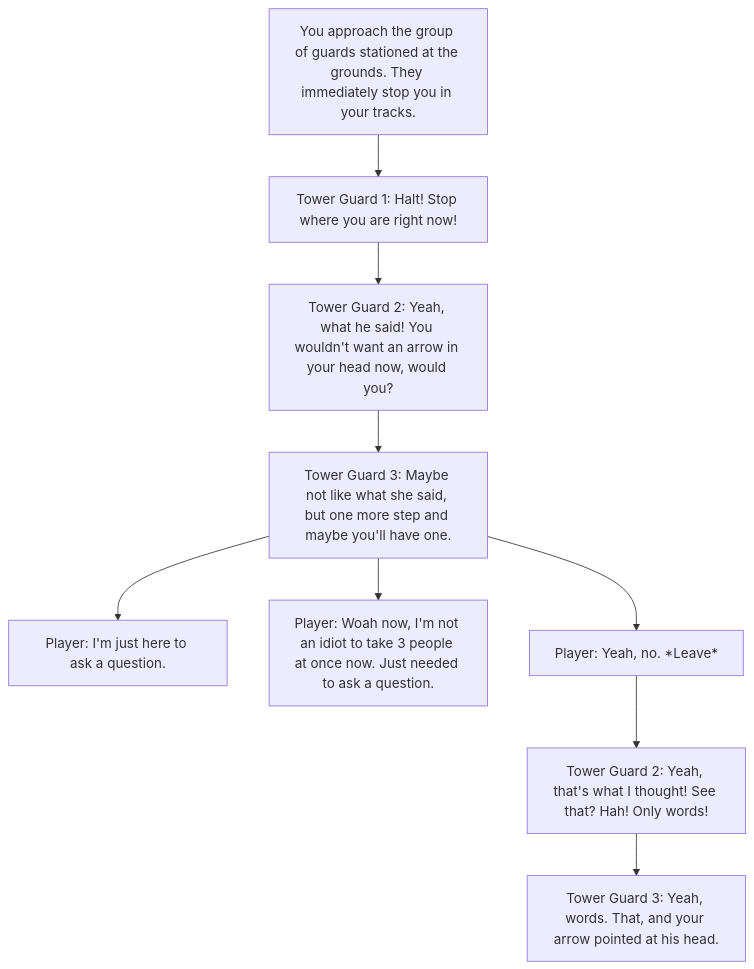
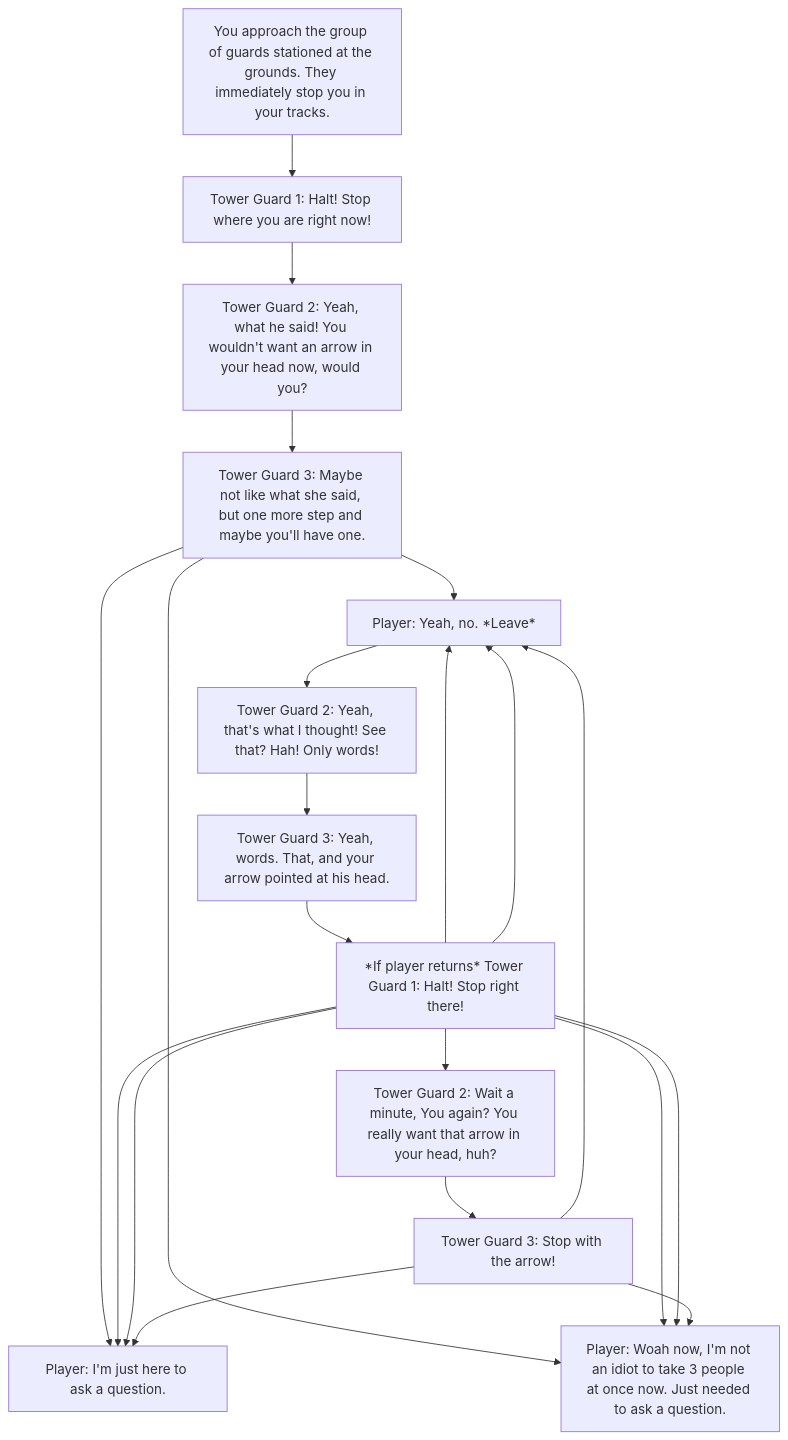
One commit to padillaryl/cc3-rpg-DialogueTree changed the diagram in Q3-TowerGuards.md. Above: the diagram before and after it, drawn with Mermaid.

````diff
--- a/Q3-TowerGuards.md
+++ b/Q3-TowerGuards.md
@@ -1,16 +1,21 @@
 ```mermaid
 flowchart TD
 
   A[You approach the group of guards stationed at the grounds. They immediately stop you in your tracks.]
   A --> B[Tower Guard 1: Halt! Stop where you are right now!]
   B --> C[Tower Guard 2: Yeah, what he said! You wouldn't want an arrow in your head now, would you?]
   C --> D[Tower Guard 3: Maybe not like what she said, but one more step and maybe you'll have one.]
 
   D --> E[Player: I'm just here to ask a question.]
   D --> F[Player: Woah now, I'm not an idiot to take 3 people at once now. Just needed to ask a question.]
   D --> G[Player: Yeah, no. *Leave*]
 
   G --> H[Tower Guard 2: Yeah, that's what I thought! See that? Hah! Only words!]
   H --> I[Tower Guard 3: Yeah, words. That, and your arrow pointed at his head.]
 
+  I --> J[*If player returns* Tower Guard 1: Halt! Stop right there!]
+  J --> K[Tower Guard 2: Wait a minute, You again? You really want that arrow in your head, huh?]
+  K --> L[Tower Guard 3: Stop with the arrow!]
+
+  J & J & L --> E & F & G
 ```
````
